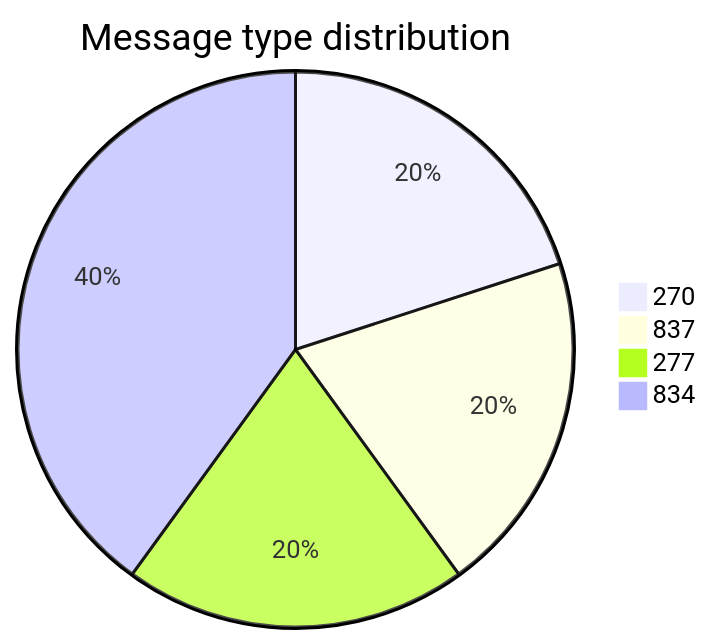
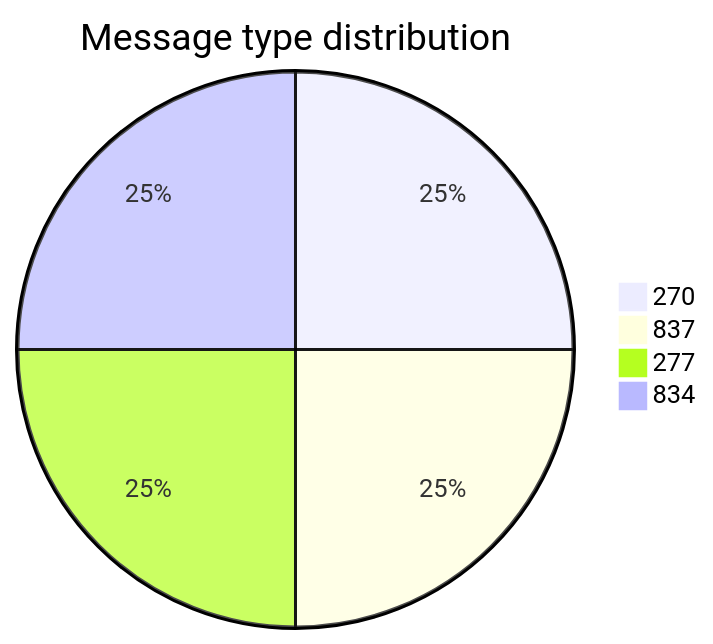
Before and after one commit to dhagan-va/intern-2025: the first of 10 diagrams in test-tools/DataGen/src/Statistics_Visualizer.md, drawn with Mermaid. The commit also changed other lines of this file, not shown here.

````diff
--- a/test-tools/DataGen/src/Statistics_Visualizer.md
+++ b/test-tools/DataGen/src/Statistics_Visualizer.md
@@ -18,7 +18,7 @@
 ```mermaid
 pie title Message type distribution
     "270" : 1000
     "837" : 1000
     "277" : 1000
-    "834" : 2000
+    "834" : 1000
 ```
````
